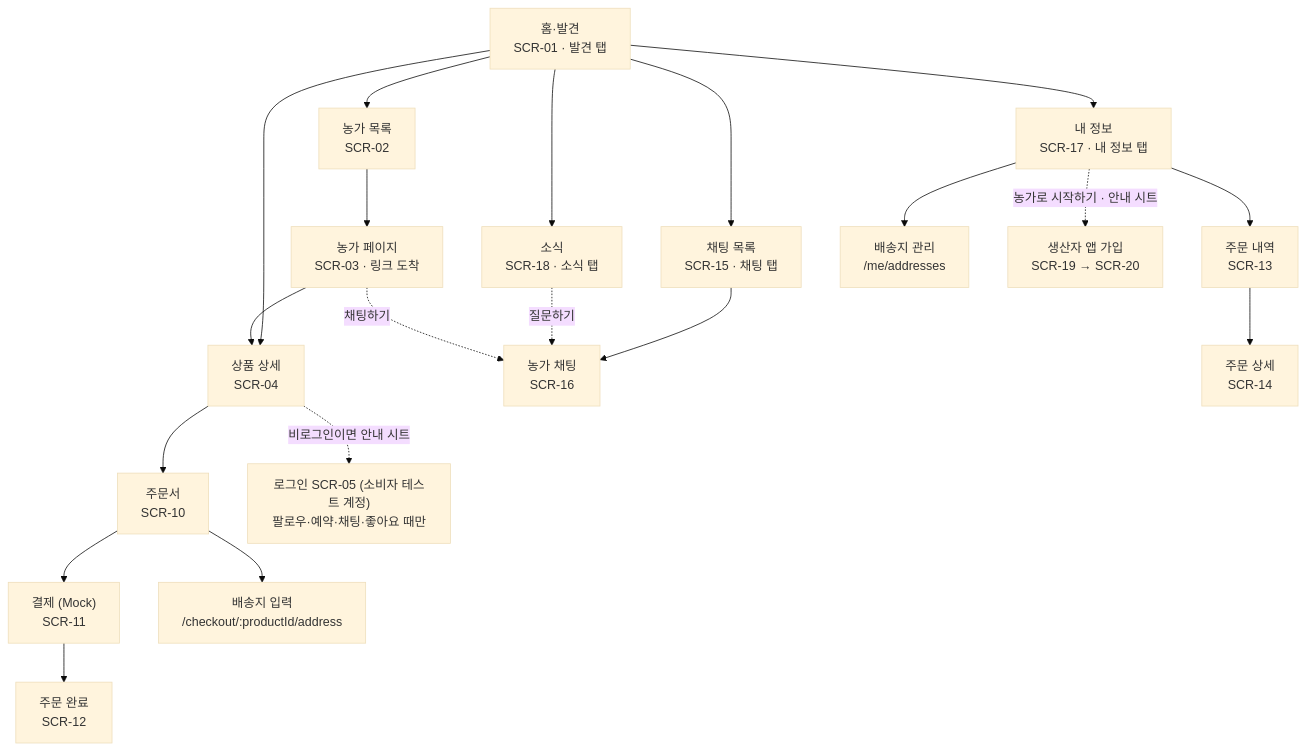
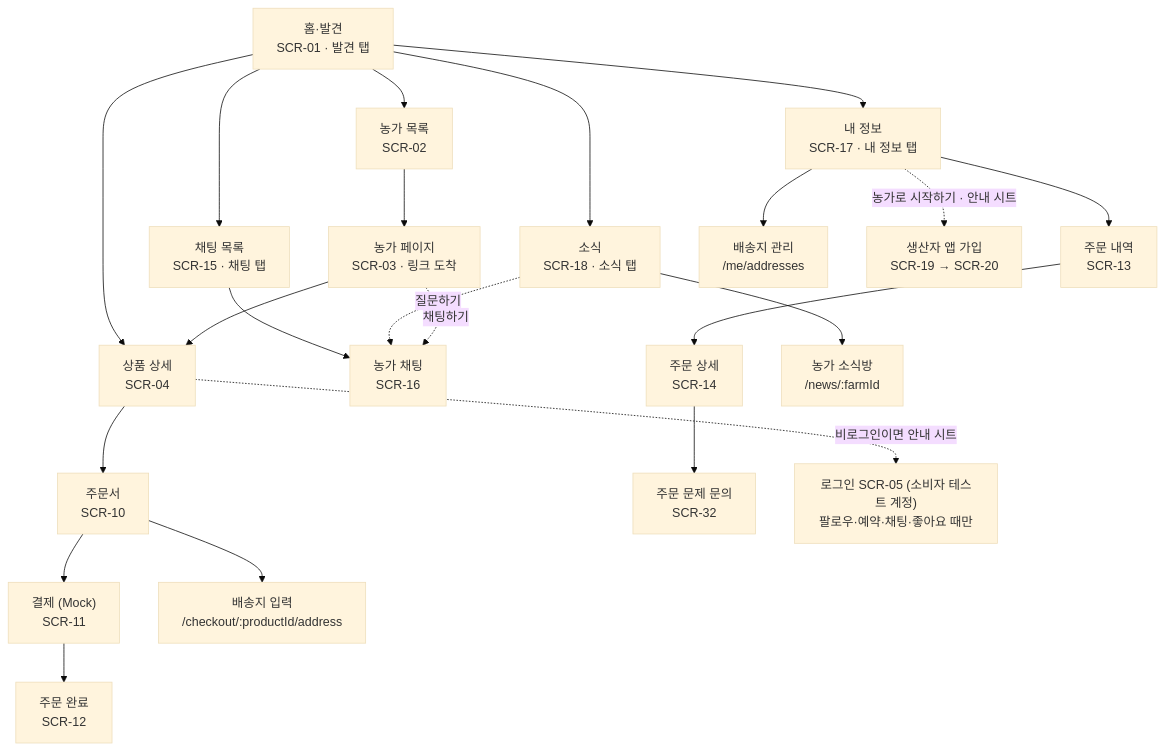
One commit to snuhcs-course/swpp-2026-project-team-06 changed the first of 4 diagrams in docs/spec/ia.md. Above: the diagram before and after it, drawn with Mermaid (base theme). The commit also changed other lines of this file and 28 other files, not shown here.

````diff
--- a/docs/spec/ia.md
+++ b/docs/spec/ia.md
@@ -21,23 +23,25 @@
 ```mermaid
 flowchart TD
   home["홈·발견<br/>SCR-01 · 발견 탭"]
   home --> farms["농가 목록<br/>SCR-02"]
   home --> news["소식<br/>SCR-18 · 소식 탭"]
   home --> chats["채팅 목록<br/>SCR-15 · 채팅 탭"]
   home --> me["내 정보<br/>SCR-17 · 내 정보 탭"]
   farms --> farm["농가 페이지<br/>SCR-03 · 링크 도착"]
   home --> product
   farm --> product["상품 상세<br/>SCR-04"]
   product --> checkout["주문서<br/>SCR-10"]
   checkout --> pay["결제 (Mock)<br/>SCR-11"]
   pay --> done["주문 완료<br/>SCR-12"]
   chats --> chat["농가 채팅<br/>SCR-16"]
   news -. 질문하기 .-> chat
   farm -. 채팅하기 .-> chat
   me --> orders["주문 내역<br/>SCR-13"]
   orders --> detail["주문 상세<br/>SCR-14"]
+  detail --> inquiry["주문 문제 문의<br/>SCR-32"]
+  news --> room["농가 소식방<br/>/news/:farmId"]
   me --> addresses["배송지 관리<br/>/me/addresses"]
   checkout --> address["배송지 입력<br/>/checkout/:productId/address"]
   product -. 비로그인이면 안내 시트 .-> login["로그인 SCR-05 (소비자 테스트 계정)<br/>팔로우·예약·채팅·좋아요 때만"]
   me -. 농가로 시작하기 · 안내 시트 .-> papp["생산자 앱 가입<br/>SCR-19 → SCR-20"]
 ```
````
